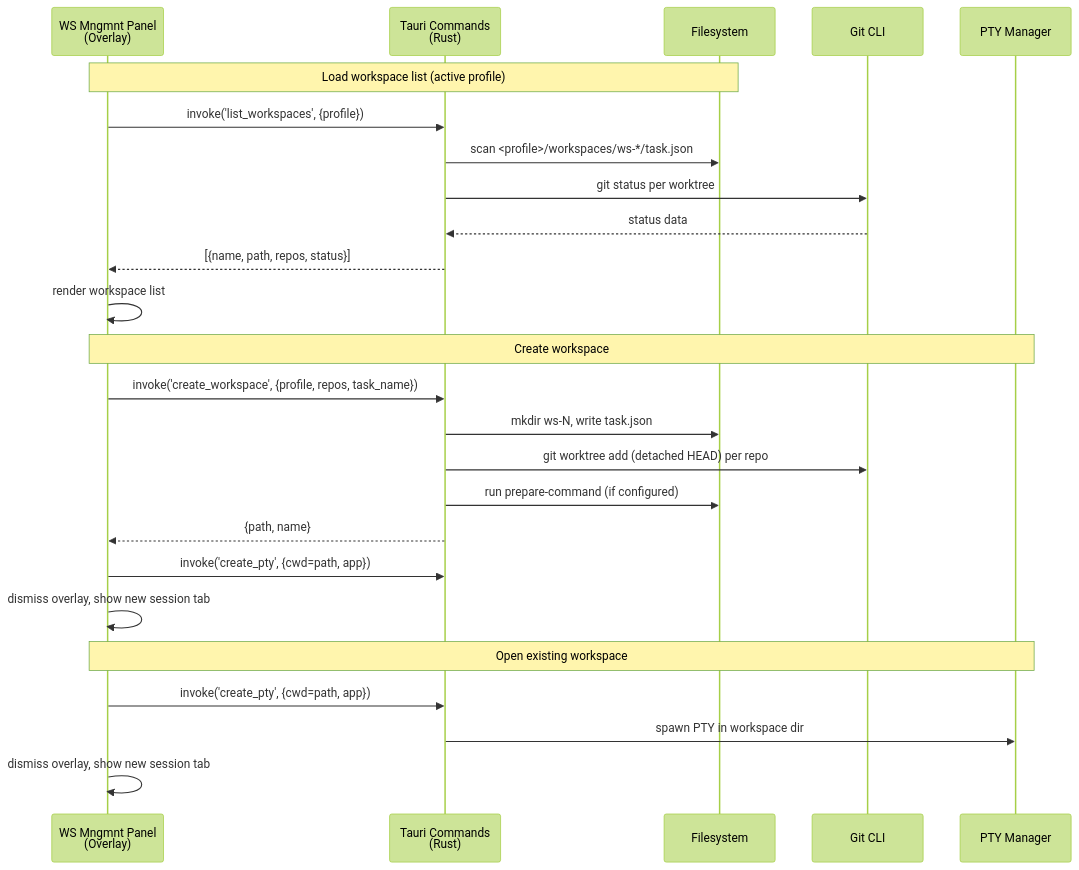
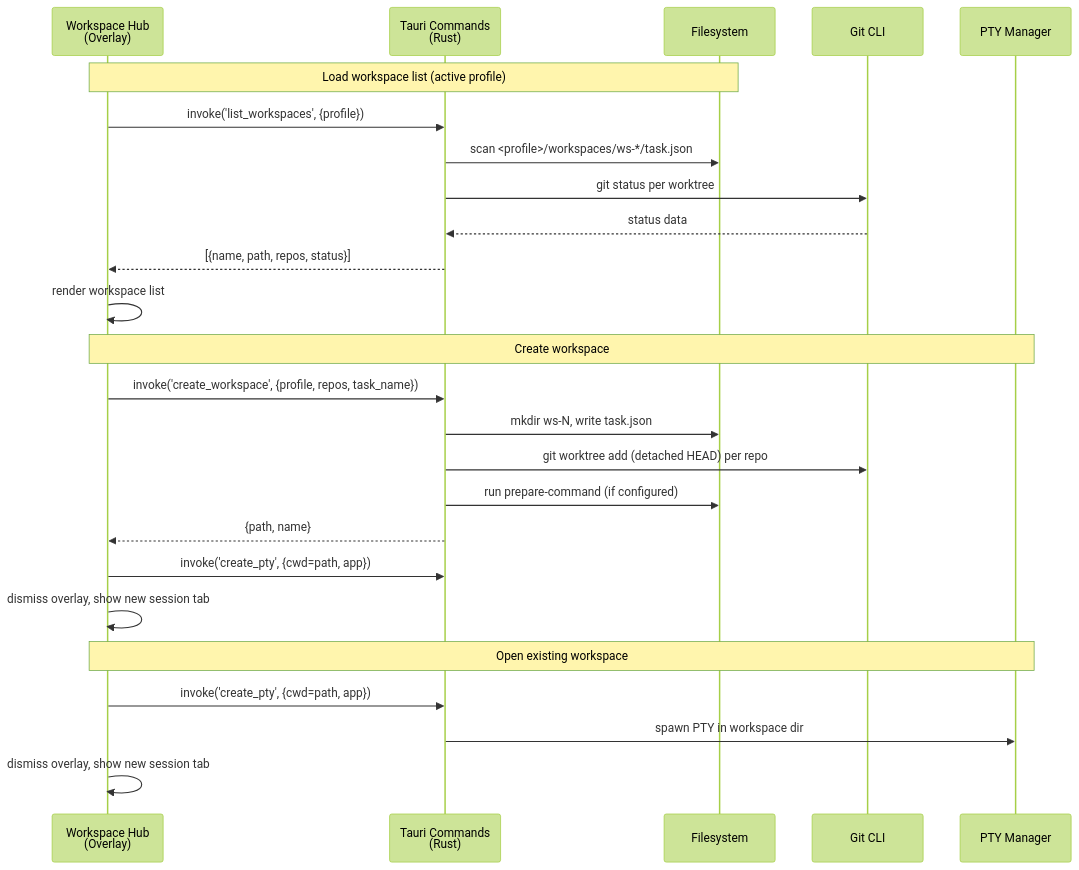
The third of 5 diagrams in project-ember/docs/PLAN.md (TalAmuyal/Devora), drawn with Mermaid (forest theme) before and after one commit. The commit also changed other lines of this file and 32 other files, not shown here.

````diff
--- a/project-ember/docs/PLAN.md
+++ b/project-ember/docs/PLAN.md
@@ -192,30 +192,30 @@
 ```mermaid
 sequenceDiagram
-    participant UI as WS Mngmnt Panel<br/>(Overlay)
+    participant UI as Workspace Hub<br/>(Overlay)
     participant Tauri as Tauri Commands<br/>(Rust)
     participant FS as Filesystem
     participant Git as Git CLI
     participant PTY as PTY Manager
 
     Note over UI, FS: Load workspace list (active profile)
     UI->>Tauri: invoke('list_workspaces', {profile})
     Tauri->>FS: scan <profile>/workspaces/ws-*/task.json
     Tauri->>Git: git status per worktree
     Git-->>Tauri: status data
     Tauri-->>UI: [{name, path, repos, status}]
     UI->>UI: render workspace list
 
     Note over UI, PTY: Create workspace
     UI->>Tauri: invoke('create_workspace', {profile, repos, task_name})
     Tauri->>FS: mkdir ws-N, write task.json
     Tauri->>Git: git worktree add (detached HEAD) per repo
     Tauri->>FS: run prepare-command (if configured)
     Tauri-->>UI: {path, name}
     UI->>Tauri: invoke('create_pty', {cwd=path, app})
     UI->>UI: dismiss overlay, show new session tab
 
     Note over UI, PTY: Open existing workspace
     UI->>Tauri: invoke('create_pty', {cwd=path, app})
     Tauri->>PTY: spawn PTY in workspace dir
     UI->>UI: dismiss overlay, show new session tab
 ```
````
